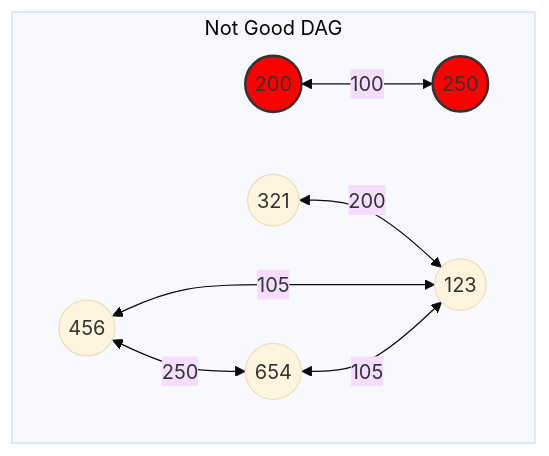
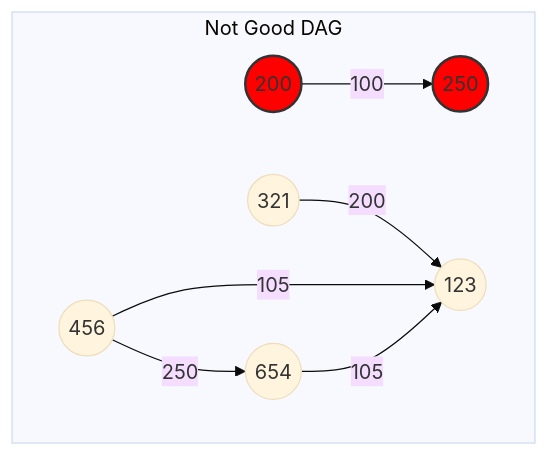
The ninth of 17 diagrams in documents/technical/technical_specification.md (algosup/2024-2025-project-3-quickest-path-team-2), drawn with Mermaid (base theme) before and after one commit. The commit also changed other lines of this file, not shown here.

````diff
--- a/documents/technical/technical_specification.md
+++ b/documents/technical/technical_specification.md
@@ -435,11 +438,11 @@
 ```mermaid
 graph
     subgraph Not Good DAG
-        a((200)):::no -- 100 <--> b((250)):::no
+        a((200)):::no -- 100 --> b((250)):::no
         classDef no fill:#f00,stroke:#333,stroke-width:2px;
-        c((321)) -- 200 <--> d((123))
-        e((456)) -- 250 <--> f((654))
-        e -- 105 <--> d
-        f -- 105 <--> d
+        c((321)) -- 200 --> d((123))
+        e((456)) -- 250 --> f((654))
+        e -- 105 --> d
+        f -- 105 --> d
     end
 ```
````
